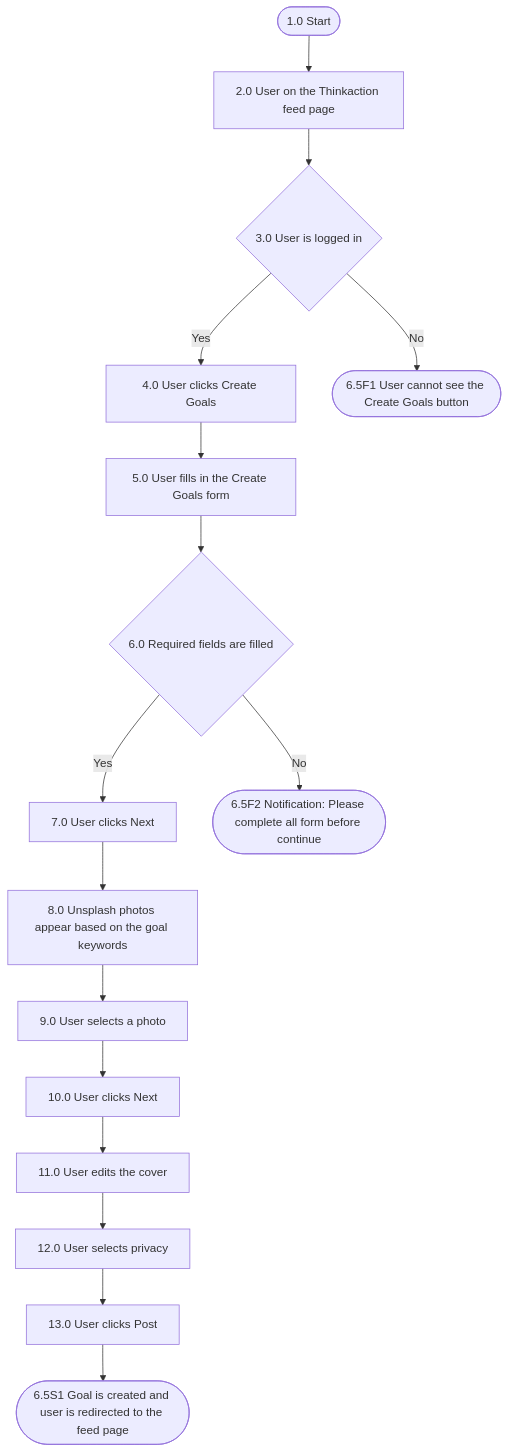
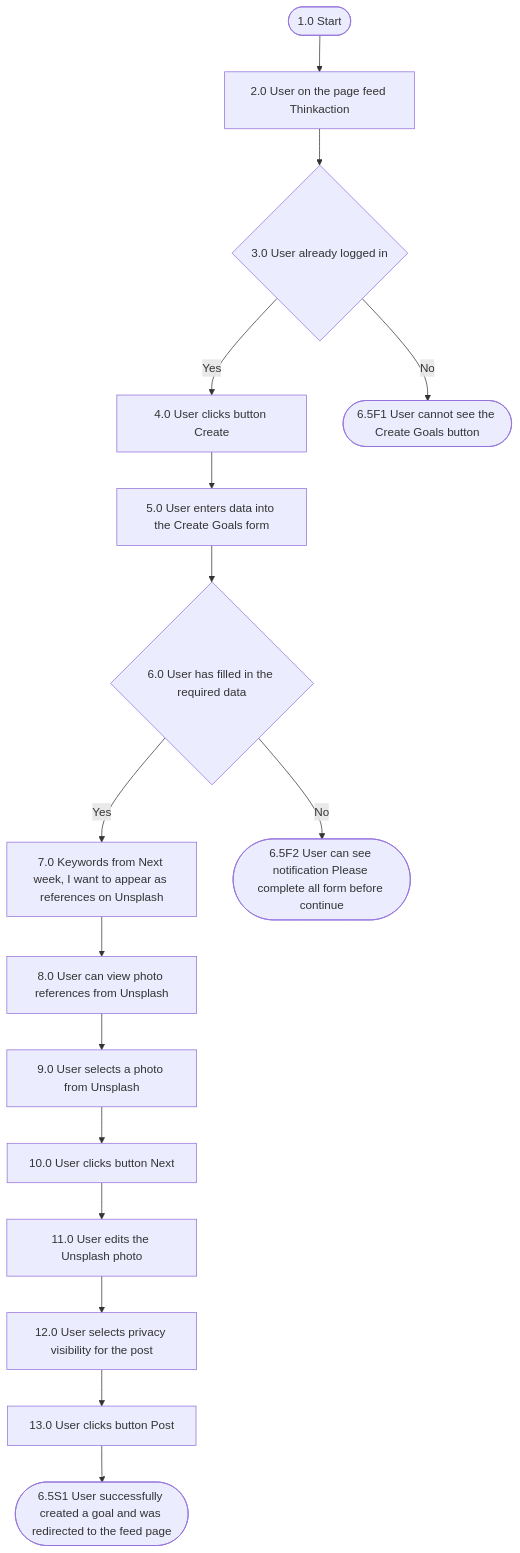
One commit to Impointhub/docs changed the diagram in thinkaction/embed-photo-unsplash.mdx. Above: the diagram before and after it, drawn with Mermaid. The commit also changed other lines of this file and 12 other files, not shown here.

First line of the commit message:
Replace Thinkaction docs with PRD v4 (with mockup images) and add Database page

````diff
--- a/thinkaction/embed-photo-unsplash.mdx
+++ b/thinkaction/embed-photo-unsplash.mdx
@@ -9,18 +9,18 @@
 ```mermaid
 flowchart TB
-  A(["1.0 Start"]) --> B["2.0 User on the Thinkaction feed page"]
-  B --> C{"3.0 User is logged in"}
-  C -- Yes --> D["4.0 User clicks Create Goals"]
+  A(["1.0 Start"]) --> B["2.0 User on the page feed Thinkaction"]
+  B --> C{"3.0 User already logged in"}
+  C -- Yes --> D["4.0 User clicks button Create"]
   C -- No --> F1(["6.5F1 User cannot see the Create Goals button"])
-  D --> E["5.0 User fills in the Create Goals form"]
-  E --> V{"6.0 Required fields are filled"}
-  V -- Yes --> G["7.0 User clicks Next"]
-  V -- No --> F2(["6.5F2 Notification: Please complete all form before continue"])
-  G --> H["8.0 Unsplash photos appear based on the goal keywords"]
-  H --> I["9.0 User selects a photo"]
-  I --> J["10.0 User clicks Next"]
-  J --> K["11.0 User edits the cover"]
-  K --> L["12.0 User selects privacy"]
-  L --> M["13.0 User clicks Post"]
-  M --> S1(["6.5S1 Goal is created and user is redirected to the feed page"])
+  D --> E["5.0 User enters data into the Create Goals form"]
+  E --> V{"6.0 User has filled in the required data"}
+  V -- Yes --> G["7.0 Keywords from Next week, I want to appear as references on Unsplash"]
+  V -- No --> F2(["6.5F2 User can see notification Please complete all form before continue"])
+  G --> H["8.0 User can view photo references from Unsplash"]
+  H --> I["9.0 User selects a photo from Unsplash"]
+  I --> J["10.0 User clicks button Next"]
+  J --> K["11.0 User edits the Unsplash photo"]
+  K --> L["12.0 User selects privacy visibility for the post"]
+  L --> M["13.0 User clicks button Post"]
+  M --> S1(["6.5S1 User successfully created a goal and was redirected to the feed page"])
 ```
````
